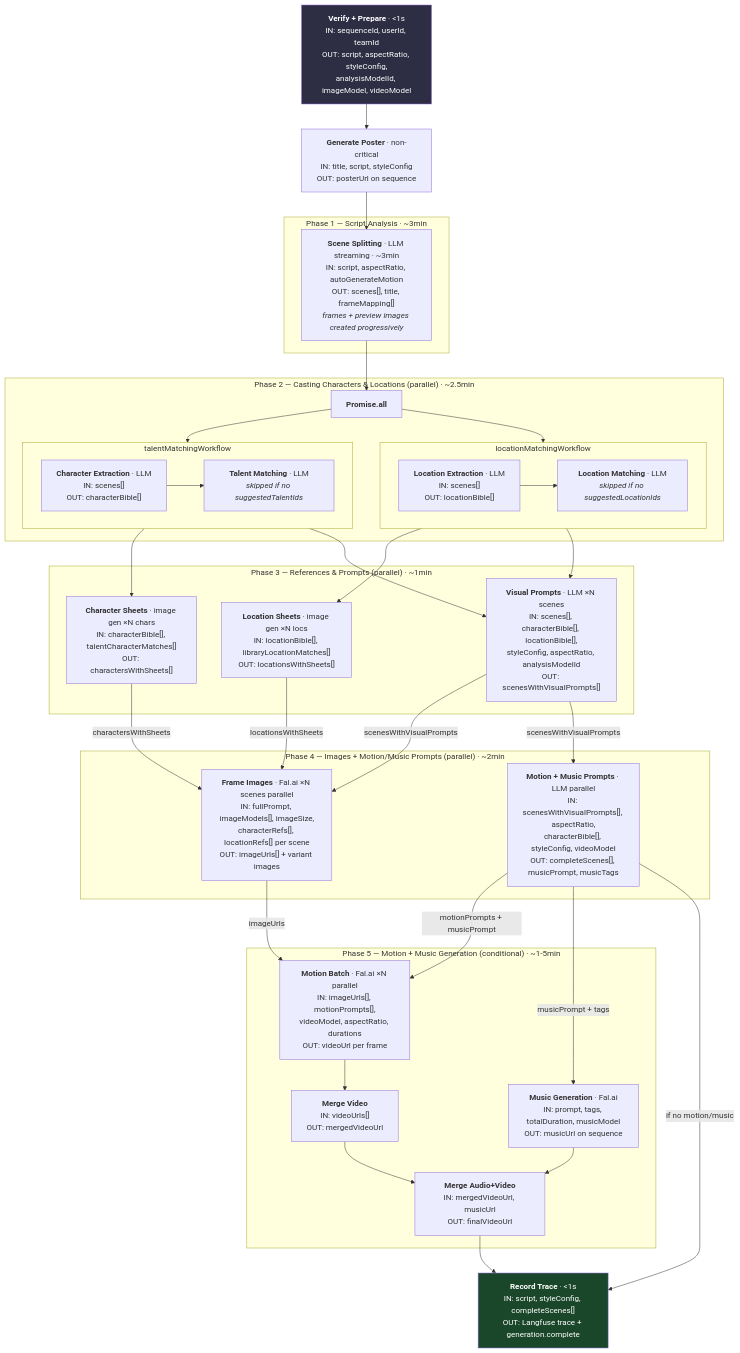
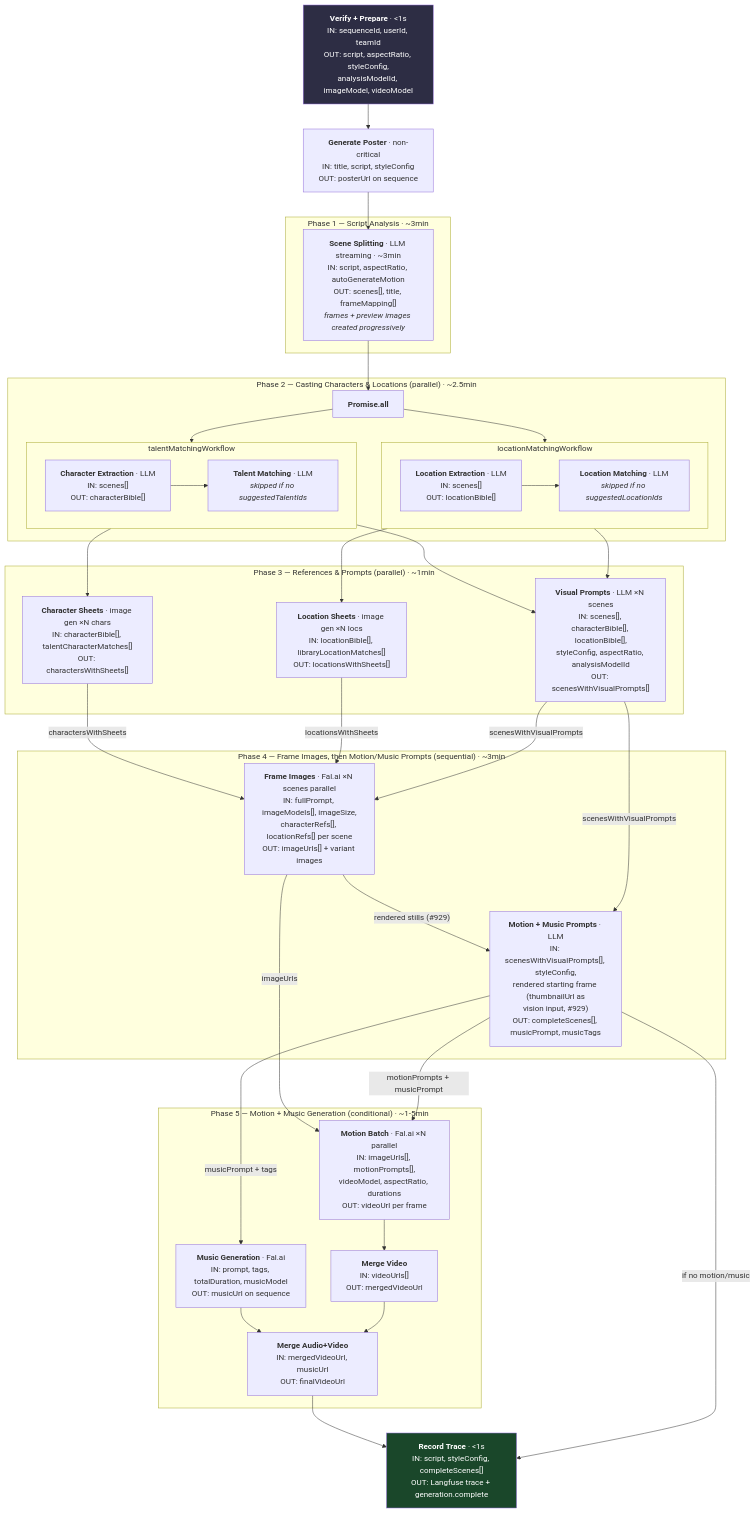
One commit to Naxp/openstory changed the first of 7 diagrams in docs/developer-guide/workflow.md. Above: the diagram before and after it, drawn with Mermaid. The commit also changed other lines of this file and 18 other files, not shown here.

First line of the commit message:
feat(motion): condition motion prompt on the rendered starting frame (#929)

````diff
--- a/docs/developer-guide/workflow.md
+++ b/docs/developer-guide/workflow.md
@@ -12,71 +12,72 @@
 ```mermaid
 flowchart TD
     Verify["<b>Verify + Prepare</b> · <1s<br/>IN: sequenceId, userId, teamId<br/>OUT: script, aspectRatio, styleConfig,<br/>analysisModelId, imageModel, videoModel"] --> Poster
     Poster["<b>Generate Poster</b> · non-critical<br/>IN: title, script, styleConfig<br/>OUT: posterUrl on sequence"] --> SceneSplit
 
     subgraph "Phase 1 — Script Analysis · ~3min"
         SceneSplit["<b>Scene Splitting</b> · LLM streaming · ~3min<br/>IN: script, aspectRatio, autoGenerateMotion<br/>OUT: scenes[], title, frameMapping[]<br/><i>frames + preview images created progressively</i>"]
     end
 
     SceneSplit --> P2
 
     subgraph "Phase 2 — Casting Characters & Locations (parallel) · ~2.5min"
         P2["<b>Promise.all</b>"]
         P2 --> TalentSub
         P2 --> LocationSub
 
         subgraph TalentSub["talentMatchingWorkflow"]
             CharExtract["<b>Character Extraction</b> · LLM<br/>IN: scenes[]<br/>OUT: characterBible[]"]
             TalentMatch["<b>Talent Matching</b> · LLM<br/><i>skipped if no suggestedTalentIds</i>"]
             CharExtract --> TalentMatch
         end
 
         subgraph LocationSub["locationMatchingWorkflow"]
             LocExtract["<b>Location Extraction</b> · LLM<br/>IN: scenes[]<br/>OUT: locationBible[]"]
             LocMatch["<b>Location Matching</b> · LLM<br/><i>skipped if no suggestedLocationIds</i>"]
             LocExtract --> LocMatch
         end
     end
 
     subgraph "Phase 3 — References & Prompts (parallel) · ~1min"
         CharSheets["<b>Character Sheets</b> · image gen ×N chars<br/>IN: characterBible[], talentCharacterMatches[]<br/>OUT: charactersWithSheets[]"]
         LocSheets["<b>Location Sheets</b> · image gen ×N locs<br/>IN: locationBible[], libraryLocationMatches[]<br/>OUT: locationsWithSheets[]"]
         VisualPrompts["<b>Visual Prompts</b> · LLM ×N scenes<br/>IN: scenes[], characterBible[], locationBible[],<br/>styleConfig, aspectRatio, analysisModelId<br/>OUT: scenesWithVisualPrompts[]"]
     end
 
     TalentSub --> CharSheets
     TalentSub --> VisualPrompts
     LocationSub --> LocSheets
     LocationSub --> VisualPrompts
 
-    subgraph "Phase 4 — Images + Motion/Music Prompts (parallel) · ~2min"
+    subgraph "Phase 4 — Frame Images, then Motion/Music Prompts (sequential) · ~3min"
         ImageGen["<b>Frame Images</b> · Fal.ai ×N scenes parallel<br/>IN: fullPrompt, imageModels[], imageSize,<br/>characterRefs[], locationRefs[] per scene<br/>OUT: imageUrls[] + variant images"]
-        MotionMusicPrompts["<b>Motion + Music Prompts</b> · LLM parallel<br/>IN: scenesWithVisualPrompts[], aspectRatio,<br/>characterBible[], styleConfig, videoModel<br/>OUT: completeScenes[], musicPrompt, musicTags"]
+        MotionMusicPrompts["<b>Motion + Music Prompts</b> · LLM<br/>IN: scenesWithVisualPrompts[], styleConfig,<br/>rendered starting frame (thumbnailUrl as<br/>vision input, #929)<br/>OUT: completeScenes[], musicPrompt, musicTags"]
     end
 
     CharSheets -->|"charactersWithSheets"| ImageGen
     LocSheets -->|"locationsWithSheets"| ImageGen
     VisualPrompts -->|"scenesWithVisualPrompts"| ImageGen
+    ImageGen -->|"rendered stills (#929)"| MotionMusicPrompts
     VisualPrompts -->|"scenesWithVisualPrompts"| MotionMusicPrompts
 
     subgraph "Phase 5 — Motion + Music Generation (conditional) · ~1-5min"
         MotionBatch["<b>Motion Batch</b> · Fal.ai ×N parallel<br/>IN: imageUrls[], motionPrompts[],<br/>videoModel, aspectRatio, durations<br/>OUT: videoUrl per frame"]
         MusicGen["<b>Music Generation</b> · Fal.ai<br/>IN: prompt, tags, totalDuration, musicModel<br/>OUT: musicUrl on sequence"]
         MergeVideo["<b>Merge Video</b><br/>IN: videoUrls[]<br/>OUT: mergedVideoUrl"]
         MergeAudioVideo["<b>Merge Audio+Video</b><br/>IN: mergedVideoUrl, musicUrl<br/>OUT: finalVideoUrl"]
         MotionBatch --> MergeVideo
         MusicGen --> MergeAudioVideo
         MergeVideo --> MergeAudioVideo
     end
 
     ImageGen -->|"imageUrls"| MotionBatch
     MotionMusicPrompts -->|"motionPrompts + musicPrompt"| MotionBatch
     MotionMusicPrompts -->|"musicPrompt + tags"| MusicGen
 
     MergeAudioVideo --> Trace
     MotionMusicPrompts -->|"if no motion/music"| Trace
     Trace["<b>Record Trace</b> · <1s<br/>IN: script, styleConfig, completeScenes[]<br/>OUT: Langfuse trace + generation.complete"]
 
     style Verify fill:#2d2d44,color:#fff
     style Trace fill:#1a472a,color:#fff
 ```
````
